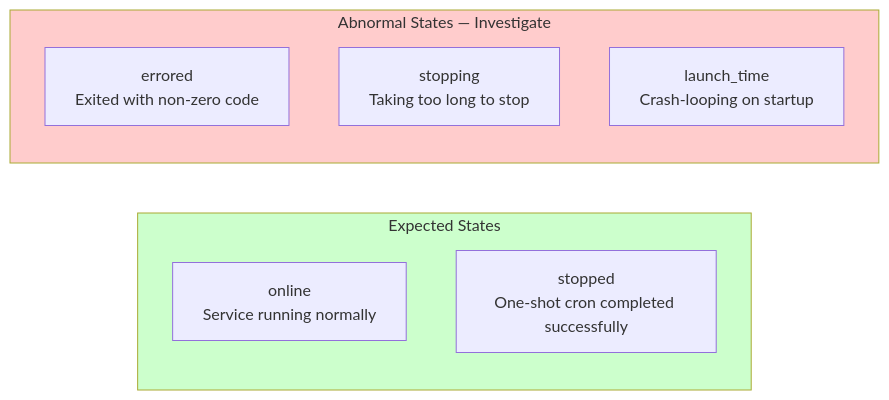
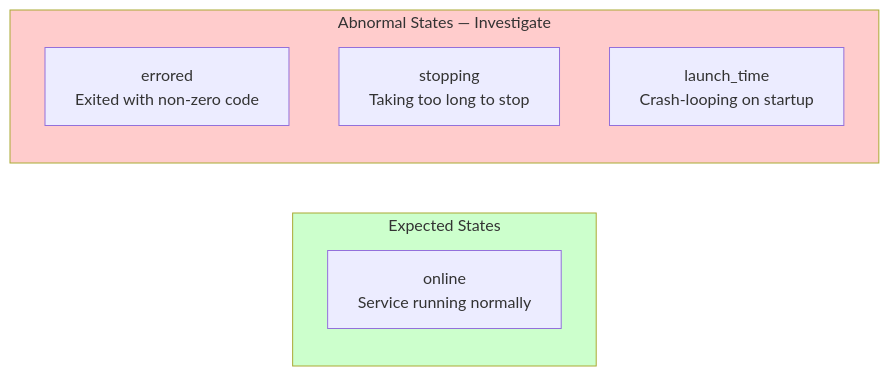
One commit to furi-wigt/claude-telegram-relay changed the first of 5 diagrams in docs/observability.md. Above: the diagram before and after it, drawn with Mermaid. The commit also changed other lines of this file and 27 other files, not shown here.

````diff
--- a/docs/observability.md
+++ b/docs/observability.md
@@ -85,16 +60,15 @@
 ```mermaid
 graph LR
     subgraph Expected["Expected States"]
         O[online\nService running normally]
-        S[stopped\nOne-shot cron completed successfully]
     end
 
     subgraph Abnormal["Abnormal States — Investigate"]
         E[errored\nExited with non-zero code]
         ST[stopping\nTaking too long to stop]
         LA[launch_time\nCrash-looping on startup]
     end
 
     style Expected fill:#ccffcc
     style Abnormal fill:#ffcccc
 ```
````
